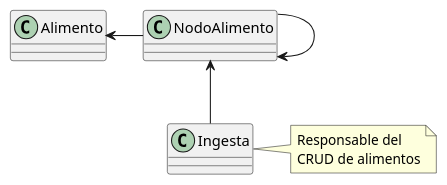
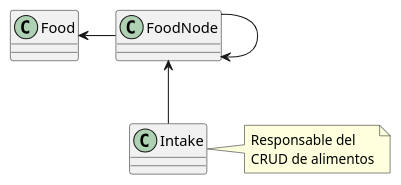
One commit to puntoReflex/pyDiaDietaIngesta changed the diagram in modelosUML/iteracion1.puml. Above: the diagram before and after it, drawn with PlantUML. The commit also changed 6 other files, not shown here.

```diff
--- a/modelosUML/iteracion1.puml
+++ b/modelosUML/iteracion1.puml
@@ -1,12 +1,12 @@
-class Alimento
-class NodoAlimento
-class Ingesta
+class Food
+class FoodNode
+class Intake
 
 note right
     Responsable del
     CRUD de alimentos
 end note
 
-Alimento <--r-- NodoAlimento
-NodoAlimento --> NodoAlimento
-Ingesta -u-> NodoAlimento
+Food <--r-- FoodNode
+FoodNode --> FoodNode
+Intake -u-> FoodNode
```
